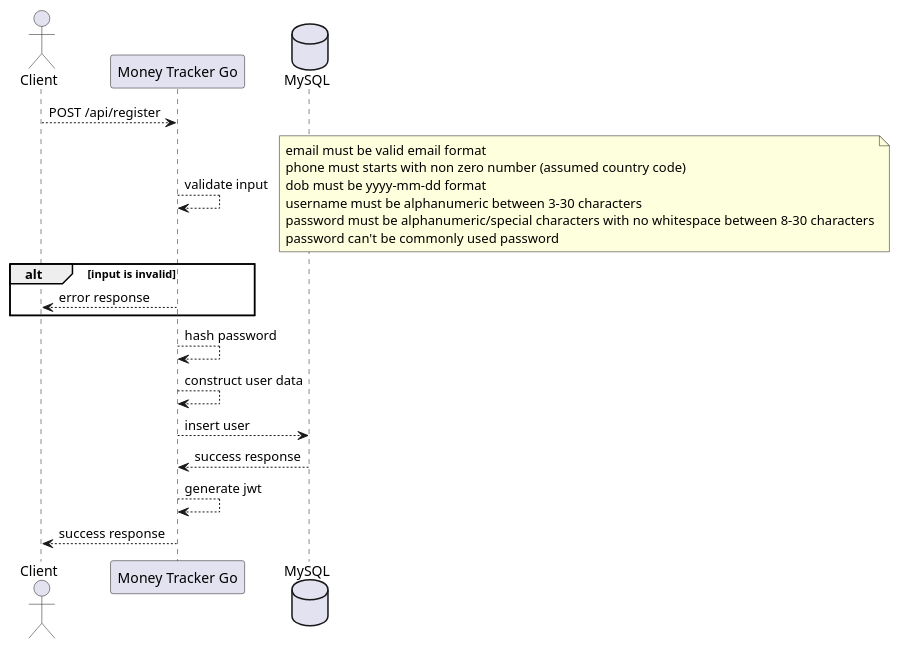
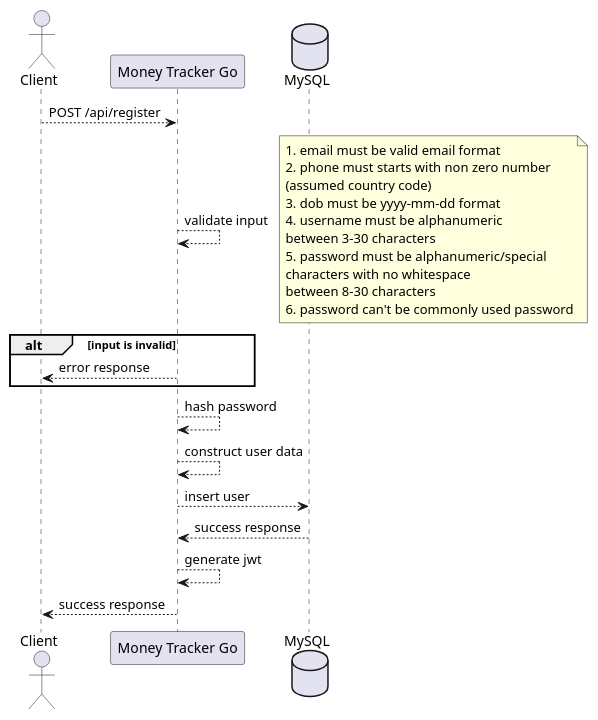
The diagram in docs/diagrams/sequence/auth/register.puml (ertantorizkyf/money-tracker-go), drawn with PlantUML before and after one commit. The commit also changed 4 other files, not shown here.

```diff
--- a/docs/diagrams/sequence/auth/register.puml
+++ b/docs/diagrams/sequence/auth/register.puml
@@ -1,27 +1,31 @@
 @startuml Register Sequence
 
 actor "Client" as client
 participant "Money Tracker Go" as server
 database "MySQL" as db
 
 client --> server : POST /api/register
 server --> server : validate input
 note right
-  email must be valid email format
-  phone must starts with non zero number (assumed country code)
-  dob must be yyyy-mm-dd format
-  username must be alphanumeric between 3-30 characters
-  password must be alphanumeric/special characters with no whitespace between 8-30 characters
-  password can't be commonly used password
+  1. email must be valid email format
+  2. phone must starts with non zero number 
+  (assumed country code)
+  3. dob must be yyyy-mm-dd format
+  4. username must be alphanumeric 
+  between 3-30 characters
+  5. password must be alphanumeric/special 
+  characters with no whitespace 
+  between 8-30 characters
+  6. password can't be commonly used password
 end note
 alt input is invalid
   server --> client : error response
 end
 server --> server : hash password
 server --> server : construct user data
 server --> db : insert user
 db --> server : success response
 server --> server : generate jwt
 server --> client : success response
 
 @enduml
```
